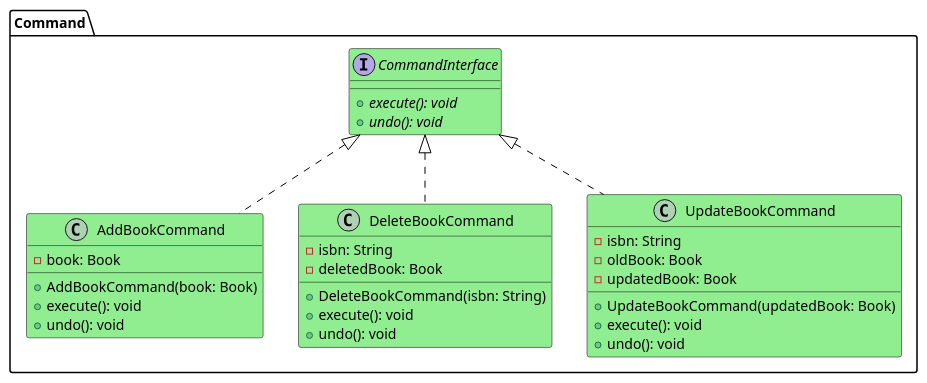
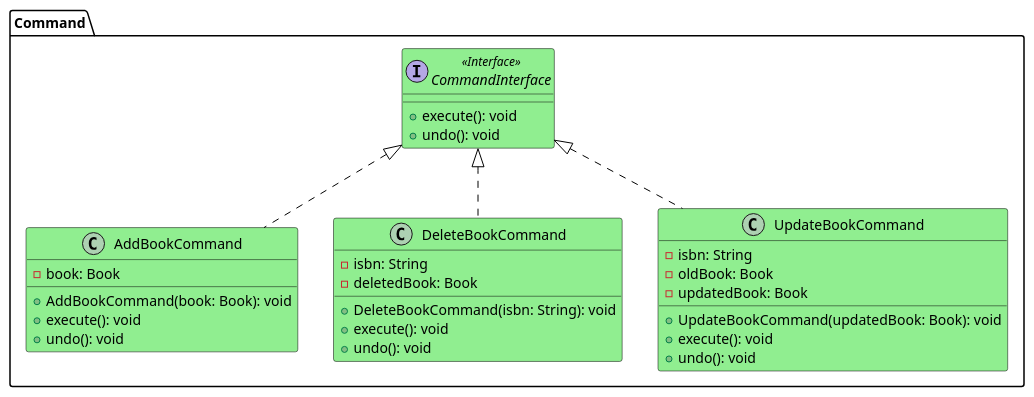
One commit to CaputoCristian/LibreriaPersonale changed the diagram in src/UML/Component/CommandComponentDiagram.puml. Above: the diagram before and after it, drawn with PlantUML. The commit also changed 16 other files, not shown here.

Commit message:
Eliminazione codice commentato, aggiornamento schemi UML

```diff
--- a/src/UML/Component/CommandComponentDiagram.puml
+++ b/src/UML/Component/CommandComponentDiagram.puml
@@ -1,47 +1,47 @@
 @startuml Command Component Diagram
 
 skinparam class {
     BackgroundColor LightGreen
     BorderColor Black
     ArrowColor Black
 }
 
 package "Command" {
-    interface CommandInterface {
-            + {abstract} execute(): void
-            + {abstract} undo(): void
+    interface CommandInterface <<Interface>> {
+            + execute(): void
+            + undo(): void
         }
 
 
     class AddBookCommand {
         - book: Book
-        + AddBookCommand(book: Book)
+        + AddBookCommand(book: Book): void
         + execute(): void
         + undo(): void
     }
 
     class DeleteBookCommand {
         - isbn: String
         - deletedBook: Book
-        + DeleteBookCommand(isbn: String)
+        + DeleteBookCommand(isbn: String): void
         + execute(): void
         + undo(): void
     }
 
     class UpdateBookCommand {
         - isbn: String
         - oldBook: Book
         - updatedBook: Book
-        + UpdateBookCommand(updatedBook: Book)
+        + UpdateBookCommand(updatedBook: Book): void
         + execute(): void
         + undo(): void
     }
 }
 
 ' Relazioni interne al package Command
 CommandInterface <|.. AddBookCommand
 CommandInterface <|.. DeleteBookCommand
 CommandInterface <|.. UpdateBookCommand
 
 
 @enduml
```
